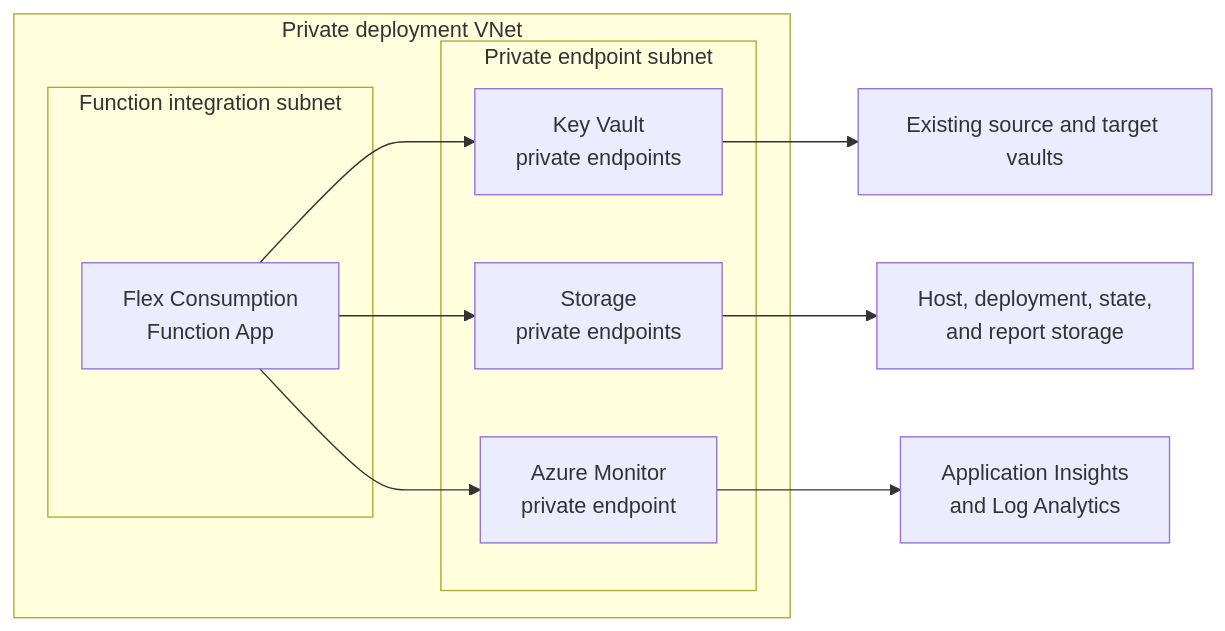
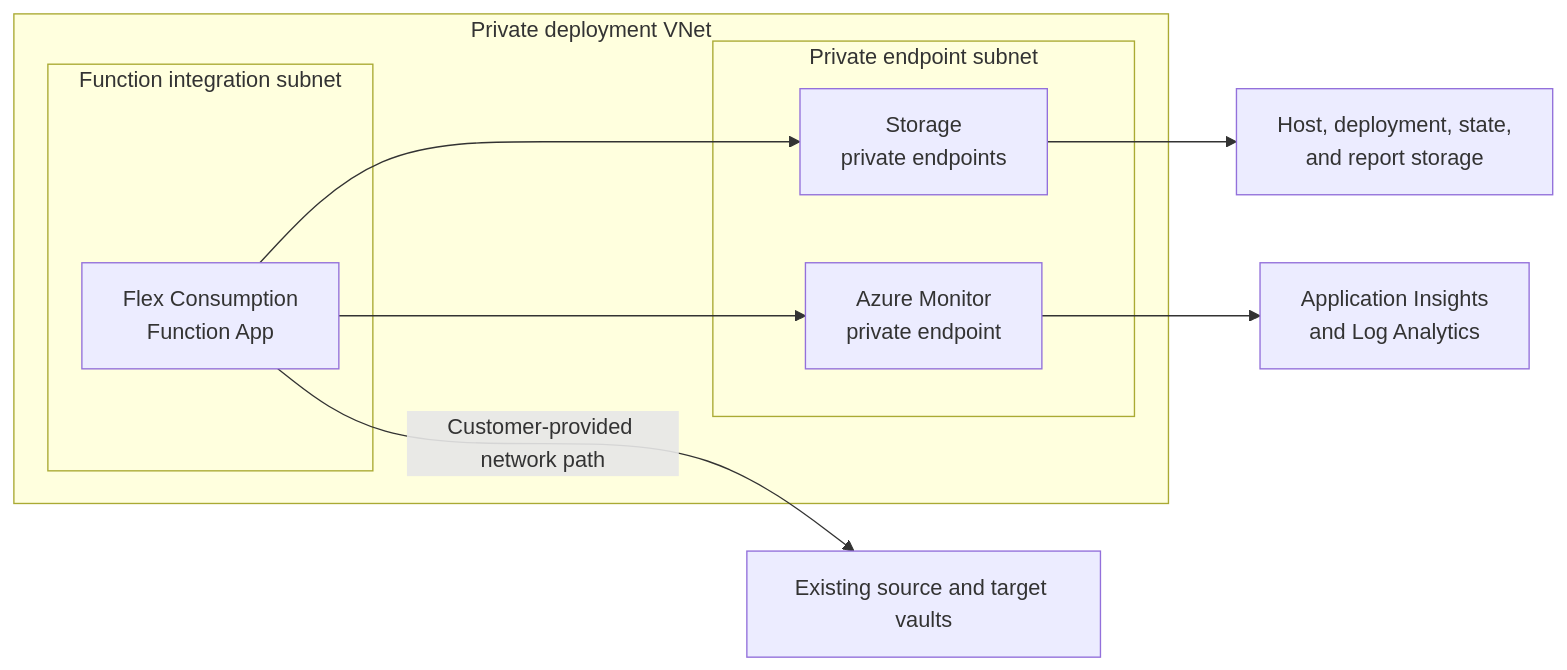
Before and after one commit to amgdy/keyvault-sync: the second of 4 diagrams in doc/networking.md, drawn with Mermaid. The commit also changed other lines of this file and 11 other files, not shown here.

````diff
--- a/doc/networking.md
+++ b/doc/networking.md
@@ -80,20 +80,18 @@
 ```mermaid
 flowchart LR
     subgraph VNet["Private deployment VNet"]
         subgraph Integration["Function integration subnet"]
             Function["Flex Consumption<br/>Function App"]
         end
         subgraph Endpoints["Private endpoint subnet"]
-            VaultPE["Key Vault<br/>private endpoints"]
             StoragePE["Storage<br/>private endpoints"]
             MonitorPE["Azure Monitor<br/>private endpoint"]
         end
     end
 
-    Function --> VaultPE
     Function --> StoragePE
     Function --> MonitorPE
-    VaultPE --> Vaults["Existing source and target vaults"]
+    Function -->|Customer-provided network path| Vaults["Existing source and target vaults"]
     StoragePE --> Storage["Host, deployment, state,<br/>and report storage"]
     MonitorPE --> Monitor["Application Insights<br/>and Log Analytics"]
 ```
````
